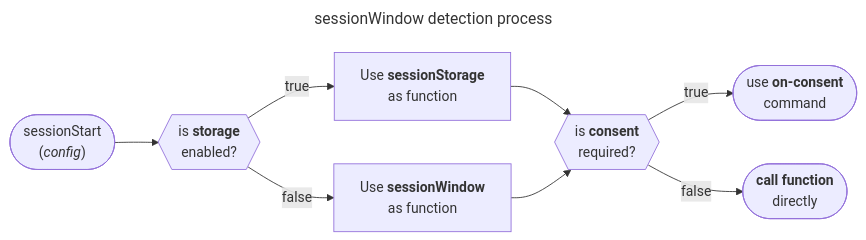
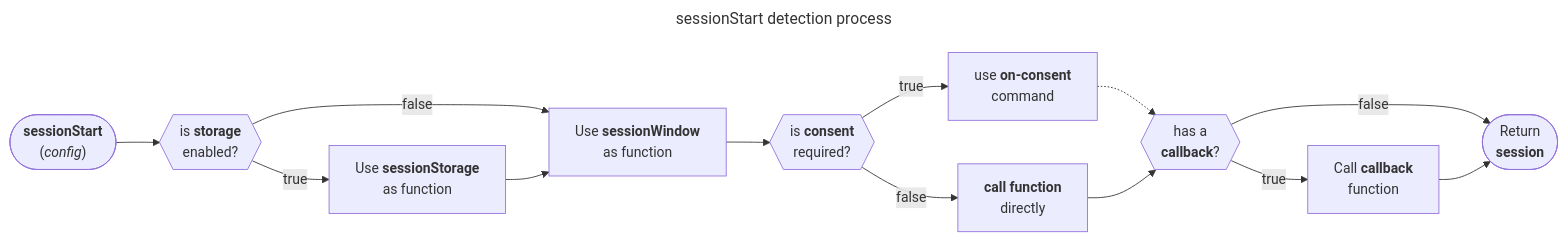
The first of 3 diagrams in website/docs/utils/session.mdx (elbwalker/walkerOS), drawn with Mermaid before and after one commit. The commit also changed other lines of this file and 1 other file, not shown here.

Commit message:
session detection

````diff
--- a/website/docs/utils/session.mdx
+++ b/website/docs/utils/session.mdx
@@ -130,22 +165,30 @@
 ```mermaid
 ---
-title: sessionWindow detection process
+title: sessionStart detection process
 ---
 flowchart LR
-  sessionStart(["sessionStart<br>(<i>config</i>)"])
+  sessionStart(["<b>sessionStart</b><br>(<i>config</i>)"])
   useStorage{{"is <b>storage</b><br>enabled?"}}
   fnStorage["Use <b>sessionStorage</b><br>as function"]
   fnWindow["Use <b>sessionWindow</b><br>as function"]
   useConsent{{"is <b>consent</b><br>required?"}}
-  callOnConsent(["use <b>on-consent</b><br>command"])
-  callDirectly(["<b>call function</b><br>directly"])
+  callOnConsent["use <b>on-consent</b><br>command"]
+  callDirectly["<b>call function</b><br>directly"]
+  hasCallback{{"has a<br><b>callback</b>?"}}
+  callback["Call <b>callback</b><br>function"]
+  returnSession(["Return<br><b>session</b>"])
 
 sessionStart --> useStorage
 useStorage -- true --> fnStorage
 useStorage -- false --> fnWindow
-fnStorage --> useConsent
+fnStorage --> fnWindow
 fnWindow --> useConsent
 useConsent -- true --> callOnConsent
 useConsent -- false --> callDirectly
+callOnConsent -.-> hasCallback
+callDirectly --> hasCallback
+hasCallback -- true --> callback
+hasCallback -- false --> returnSession
+callback --> returnSession
 
 ```
````
